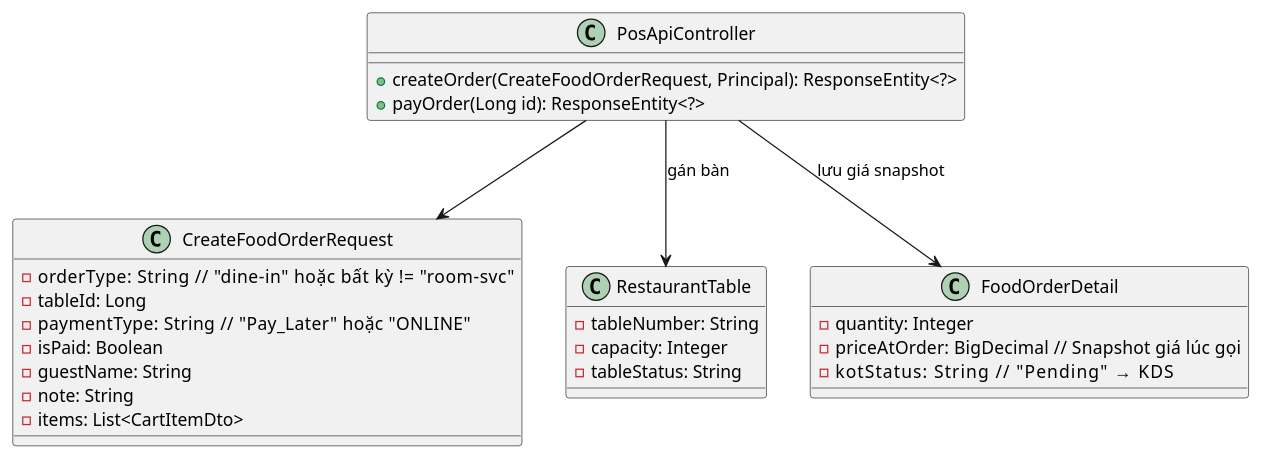
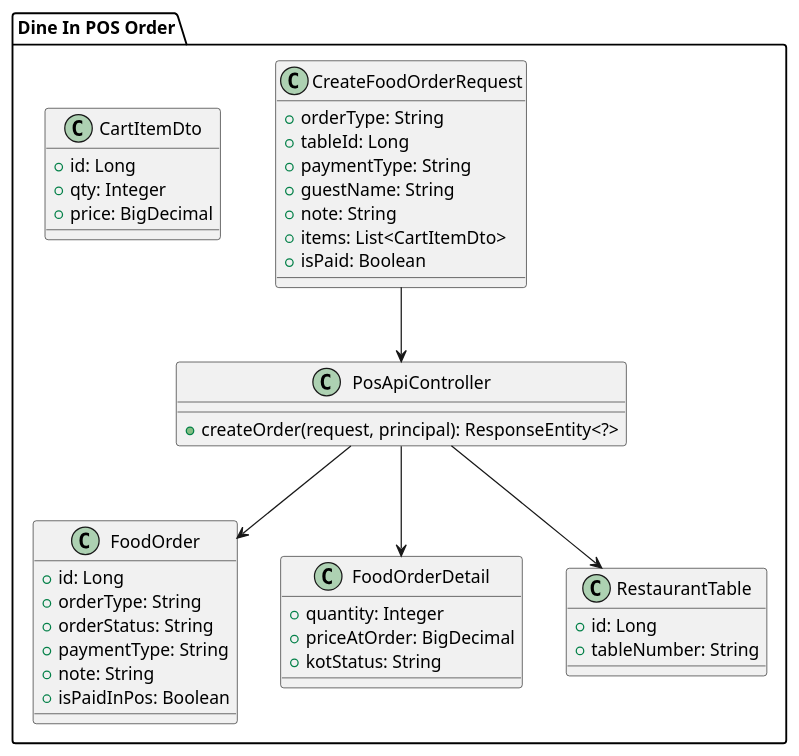
The first of 2 diagrams in 06-Testing/mod3_pos/uc16/EDS_uc16_SPEC.md (Luuxinhxinh/hoanien-resort), drawn with PlantUML before and after one commit. The commit also changed other lines of this file and 15 other files, not shown here.

````diff
--- a/06-Testing/mod3_pos/uc16/EDS_uc16_SPEC.md
+++ b/06-Testing/mod3_pos/uc16/EDS_uc16_SPEC.md
@@ -117,34 +147,50 @@
 ```plantuml
-@startuml
-class PosApiController {
-  +createOrder(CreateFoodOrderRequest, Principal): ResponseEntity<?>
-  +payOrder(Long id): ResponseEntity<?>
+@startuml UC19-DineInOrder
+package "Dine In POS Order" {
+    class CreateFoodOrderRequest {
+      +orderType: String
+      +tableId: Long
+      +paymentType: String
+      +guestName: String
+      +note: String
+      +items: List<CartItemDto>
+      +isPaid: Boolean
+    }
+
+    class CartItemDto {
+      +id: Long
+      +qty: Integer
+      +price: BigDecimal
+    }
+
+    class PosApiController {
+      +createOrder(request, principal): ResponseEntity<?>
+    }
+
+    class FoodOrder {
+      +id: Long
+      +orderType: String
+      +orderStatus: String
+      +paymentType: String
+      +note: String
+      +isPaidInPos: Boolean
+    }
+
+    class FoodOrderDetail {
+      +quantity: Integer
+      +priceAtOrder: BigDecimal
+      +kotStatus: String
+    }
+
+    class RestaurantTable {
+      +id: Long
+      +tableNumber: String
+    }
 }
 
-class CreateFoodOrderRequest {
-  -orderType: String       // "dine-in" hoặc bất kỳ != "room-svc"
-  -tableId: Long
-  -paymentType: String     // "Pay_Later" hoặc "ONLINE"
-  -isPaid: Boolean
-  -guestName: String
-  -note: String
-  -items: List<CartItemDto>
-}
-
-class RestaurantTable {
-  -tableNumber: String
-  -capacity: Integer
-  -tableStatus: String
-}
-
-class FoodOrderDetail {
-  -quantity: Integer
-  -priceAtOrder: BigDecimal   // Snapshot giá lúc gọi
-  -kotStatus: String          // "Pending" → KDS
-}
-
-PosApiController --> CreateFoodOrderRequest
-PosApiController --> RestaurantTable : gán bàn
-PosApiController --> FoodOrderDetail : lưu giá snapshot
+CreateFoodOrderRequest --> PosApiController
+PosApiController --> FoodOrder
+PosApiController --> FoodOrderDetail
+PosApiController --> RestaurantTable
 @enduml
 ```
````
